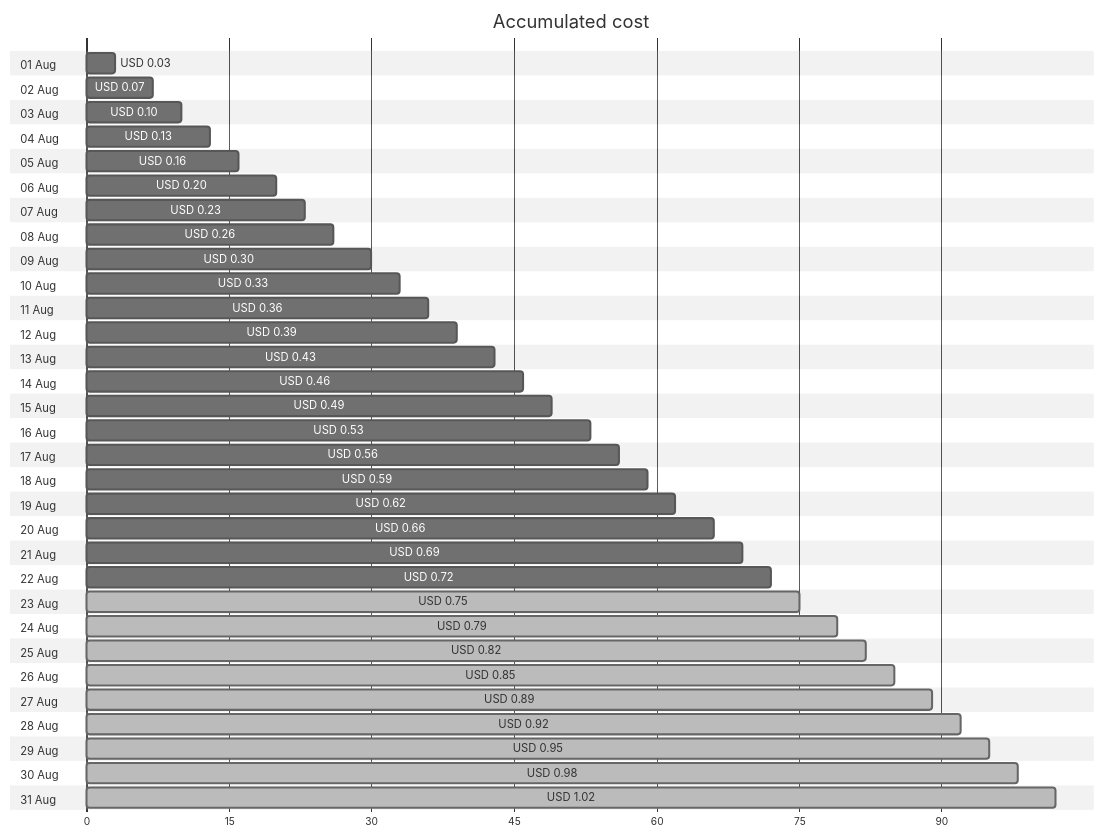
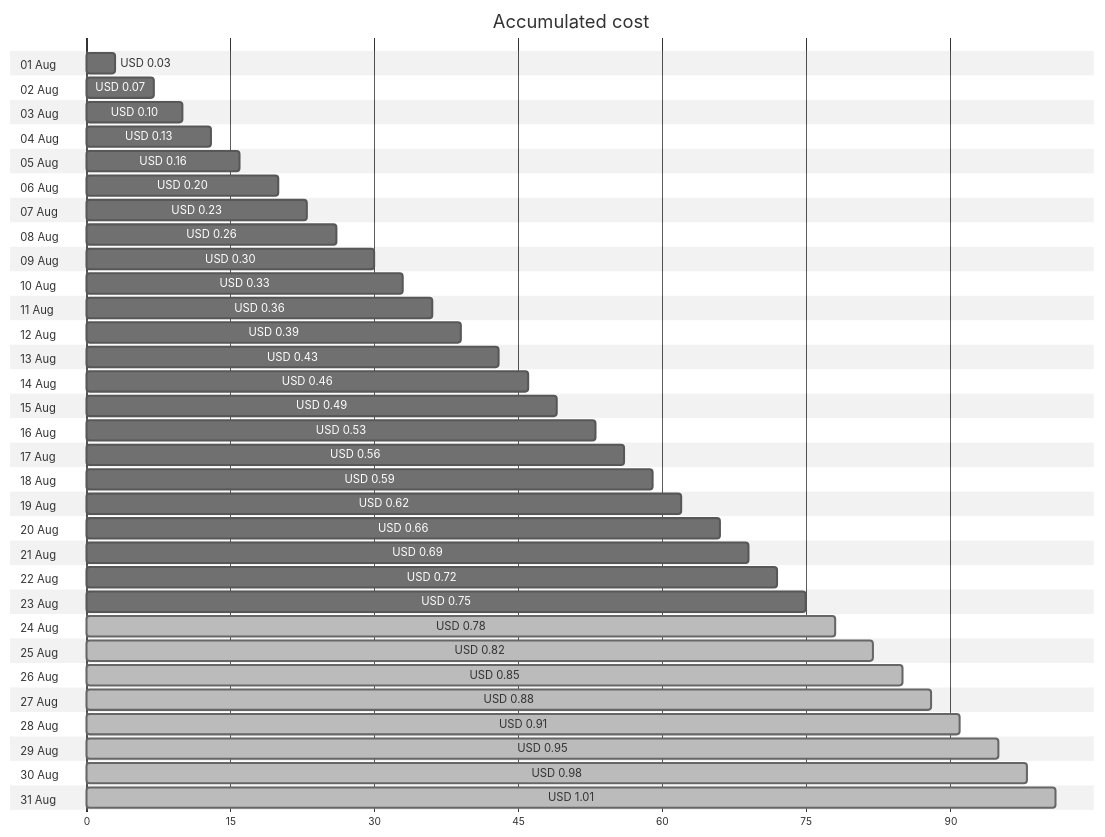
The first of 4 diagrams in cost-reports/personal-dns/README.md (jpfulton/azure-personal-reports), drawn with Mermaid (neutral theme) before and after one commit. The commit also changed other lines of this file and 2 other files, not shown here.

````diff
--- a/cost-reports/personal-dns/README.md
+++ b/cost-reports/personal-dns/README.md
@@ -20,68 +20,68 @@
 ```mermaid
 gantt
    title Accumulated cost
    dateFormat  X
    axisFormat %s
    section 01 Aug
    USD 0.03 :0, 3
    section 02 Aug
    USD 0.07 :0, 7
    section 03 Aug
    USD 0.10 :0, 10
    section 04 Aug
    USD 0.13 :0, 13
    section 05 Aug
    USD 0.16 :0, 16
    section 06 Aug
    USD 0.20 :0, 20
    section 07 Aug
    USD 0.23 :0, 23
    section 08 Aug
    USD 0.26 :0, 26
    section 09 Aug
    USD 0.30 :0, 30
    section 10 Aug
    USD 0.33 :0, 33
    section 11 Aug
    USD 0.36 :0, 36
    section 12 Aug
    USD 0.39 :0, 39
    section 13 Aug
    USD 0.43 :0, 43
    section 14 Aug
    USD 0.46 :0, 46
    section 15 Aug
    USD 0.49 :0, 49
    section 16 Aug
    USD 0.53 :0, 53
    section 17 Aug
    USD 0.56 :0, 56
    section 18 Aug
    USD 0.59 :0, 59
    section 19 Aug
    USD 0.62 :0, 62
    section 20 Aug
    USD 0.66 :0, 66
    section 21 Aug
    USD 0.69 :0, 69
    section 22 Aug
    USD 0.72 :0, 72
    section 23 Aug
-   USD 0.75 : done, 0, 75
+   USD 0.75 :0, 75
    section 24 Aug
-   USD 0.79 : done, 0, 79
+   USD 0.78 : done, 0, 78
    section 25 Aug
    USD 0.82 : done, 0, 82
    section 26 Aug
    USD 0.85 : done, 0, 85
    section 27 Aug
-   USD 0.89 : done, 0, 89
+   USD 0.88 : done, 0, 88
    section 28 Aug
-   USD 0.92 : done, 0, 92
+   USD 0.91 : done, 0, 91
    section 29 Aug
    USD 0.95 : done, 0, 95
    section 30 Aug
    USD 0.98 : done, 0, 98
    section 31 Aug
-   USD 1.02 : done, 0, 102
+   USD 1.01 : done, 0, 101
 ```
````
